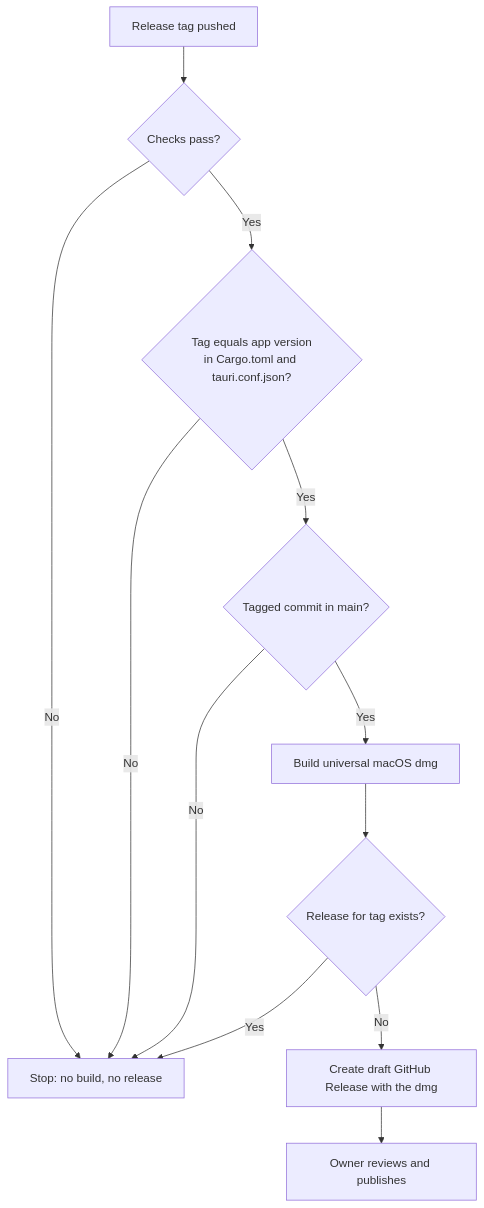
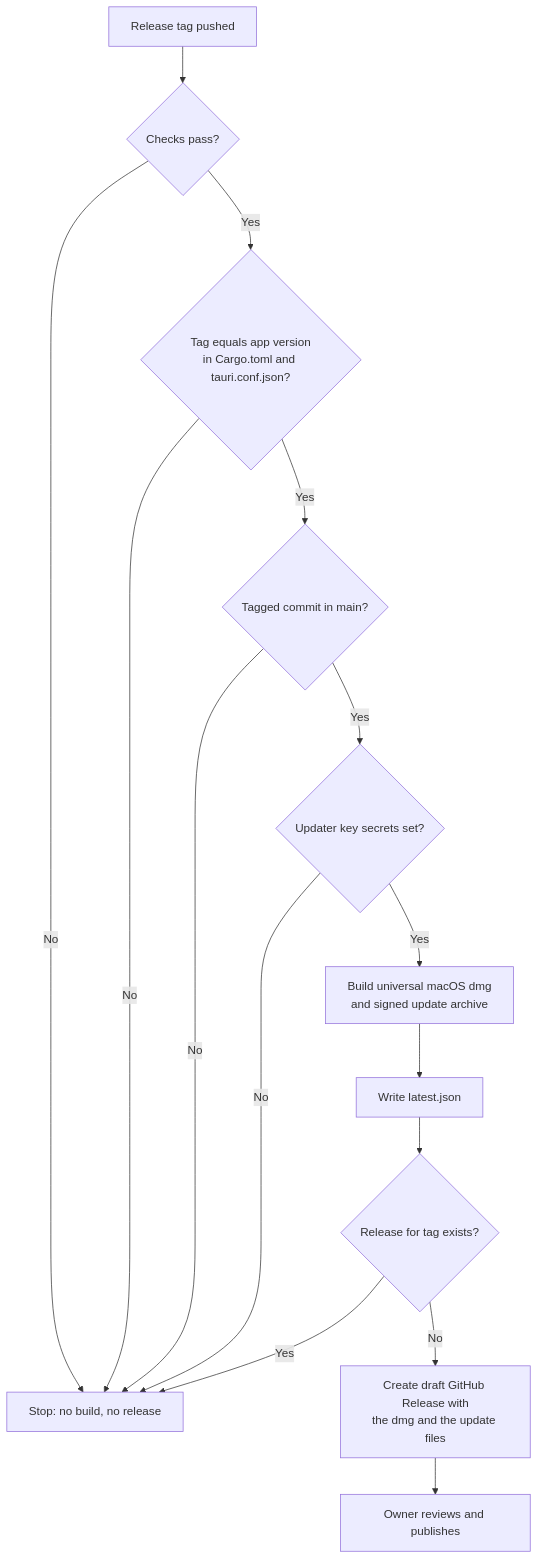
One commit to BardoelT/varde changed the diagram in docs/csd/CSD-021-ci-and-release-pipeline.md. Above: the diagram before and after it, drawn with Mermaid. The commit also changed other lines of this file and 1 other file, not shown here.

First line of the commit message:
docs: specify in-app updates (CSD-023) and update files in the release pipeline

````diff
--- a/docs/csd/CSD-021-ci-and-release-pipeline.md
+++ b/docs/csd/CSD-021-ci-and-release-pipeline.md
@@ -41,14 +44,17 @@
 ```mermaid
 flowchart TD
     A[Release tag pushed] --> B{Checks pass?}
     B -- No --> X[Stop: no build, no release]
     B -- Yes --> C{Tag equals app version<br/>in Cargo.toml and tauri.conf.json?}
     C -- No --> X
     C -- Yes --> D{Tagged commit in main?}
     D -- No --> X
-    D -- Yes --> E[Build universal macOS dmg]
-    E --> F{Release for tag exists?}
+    D -- Yes --> K{Updater key secrets set?}
+    K -- No --> X
+    K -- Yes --> E[Build universal macOS dmg<br/>and signed update archive]
+    E --> J[Write latest.json]
+    J --> F{Release for tag exists?}
     F -- Yes --> X
-    F -- No --> G[Create draft GitHub Release with the dmg]
+    F -- No --> G[Create draft GitHub Release with<br/>the dmg and the update files]
     G --> H[Owner reviews and publishes]
 ```
````
